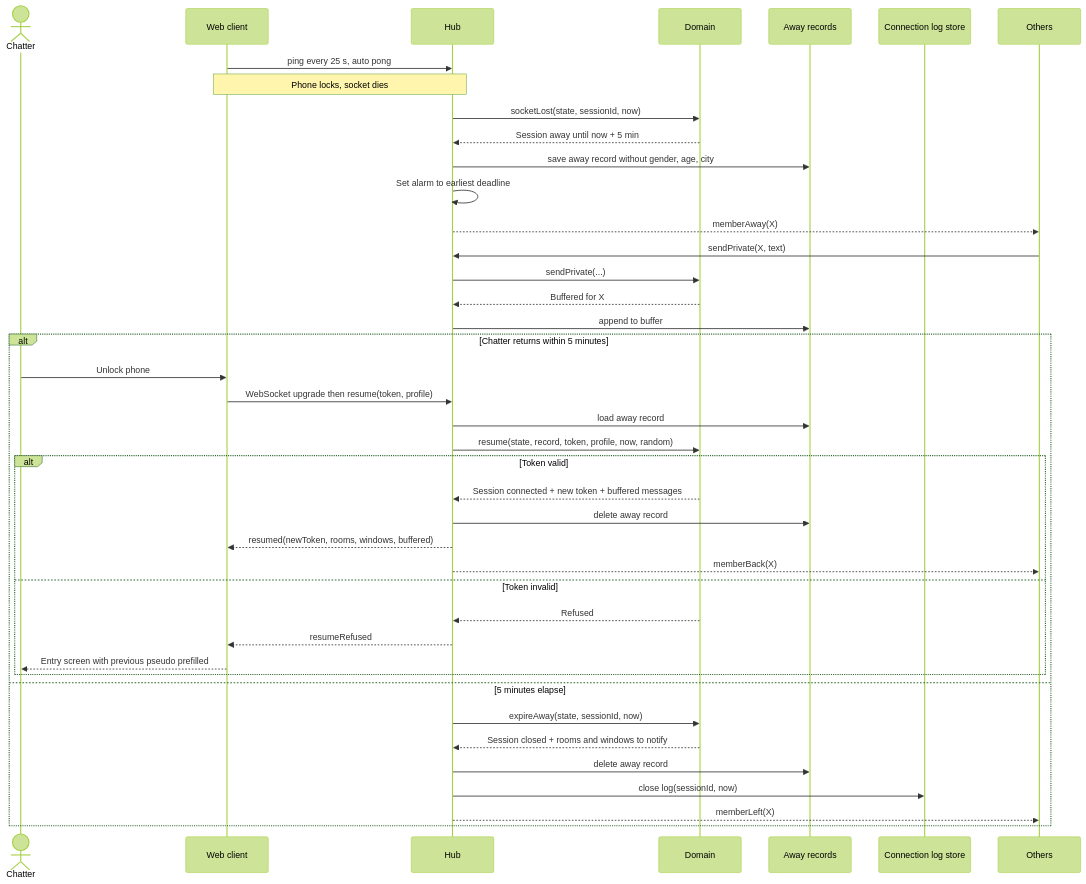
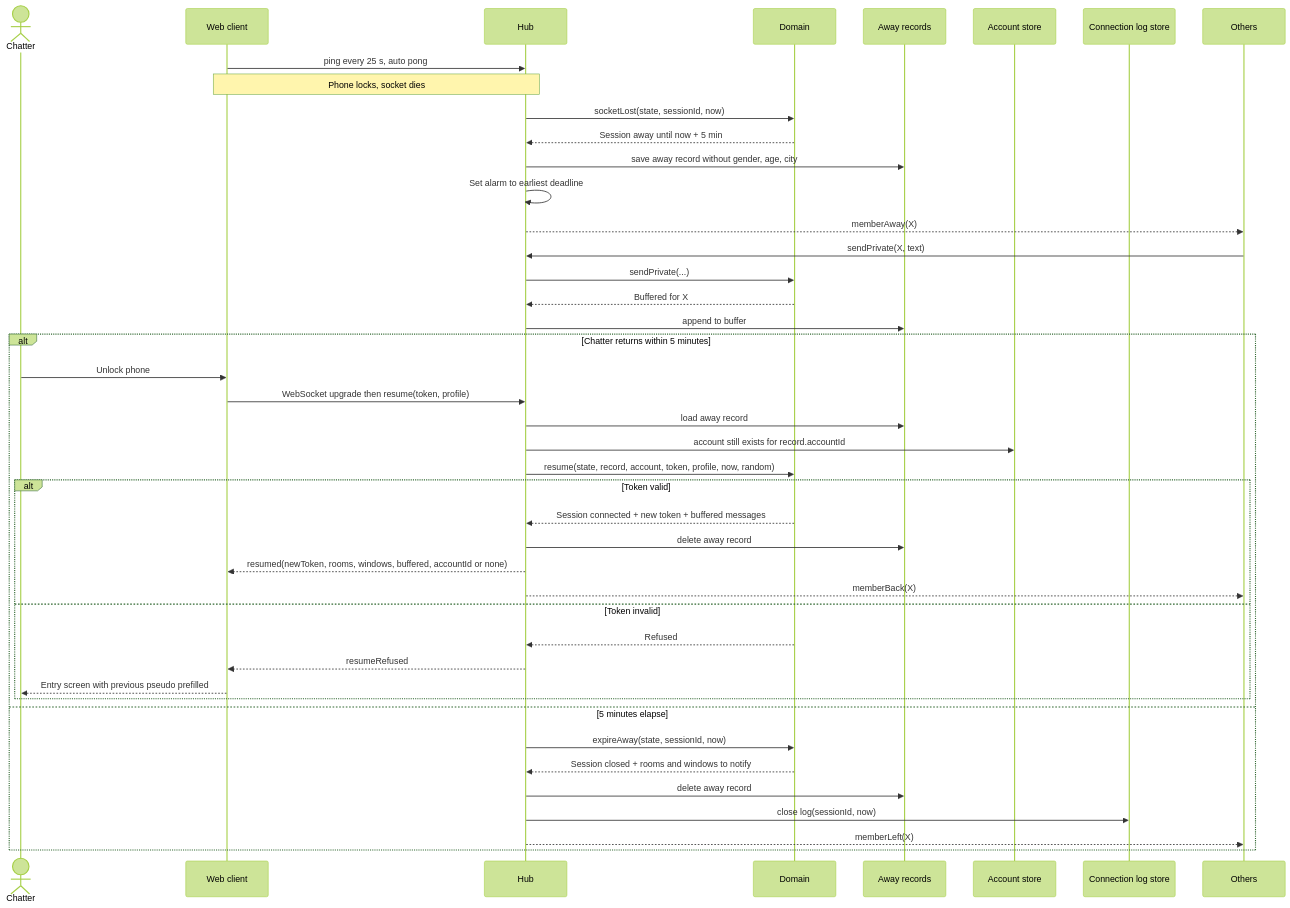
The diagram in docs/architecture/diagrams/entry/02b-sequence-resume-after-disconnect.md (benoit-bremaud/asv), drawn with Mermaid (forest theme) before and after one commit. The commit also changed other lines of this file and 43 other files, not shown here.

First line of the commit message:
docs: accounts for private messages, strikes, legal-first roadmap

````diff
--- a/docs/architecture/diagrams/entry/02b-sequence-resume-after-disconnect.md
+++ b/docs/architecture/diagrams/entry/02b-sequence-resume-after-disconnect.md
@@ -15,43 +15,45 @@
 ```mermaid
 sequenceDiagram
   actor C as Chatter
   participant W as Web client
   participant H as Hub
   participant D as Domain
   participant AS as Away records
+  participant ACC as Account store
   participant LS as Connection log store
   participant O as Others
   W->>H: ping every 25 s, auto pong
   Note over W,H: Phone locks, socket dies
   H->>D: socketLost(state, sessionId, now)
   D-->>H: Session away until now + 5 min
   H->>AS: save away record without gender, age, city
   H->>H: Set alarm to earliest deadline
   H-->>O: memberAway(X)
   O->>H: sendPrivate(X, text)
   H->>D: sendPrivate(...)
   D-->>H: Buffered for X
   H->>AS: append to buffer
   alt Chatter returns within 5 minutes
     C->>W: Unlock phone
     W->>H: WebSocket upgrade then resume(token, profile)
     H->>AS: load away record
-    H->>D: resume(state, record, token, profile, now, random)
+    H->>ACC: account still exists for record.accountId
+    H->>D: resume(state, record, account, token, profile, now, random)
     alt Token valid
       D-->>H: Session connected + new token + buffered messages
       H->>AS: delete away record
-      H-->>W: resumed(newToken, rooms, windows, buffered)
+      H-->>W: resumed(newToken, rooms, windows, buffered, accountId or none)
       H-->>O: memberBack(X)
     else Token invalid
       D-->>H: Refused
       H-->>W: resumeRefused
       W-->>C: Entry screen with previous pseudo prefilled
     end
   else 5 minutes elapse
     H->>D: expireAway(state, sessionId, now)
     D-->>H: Session closed + rooms and windows to notify
     H->>AS: delete away record
     H->>LS: close log(sessionId, now)
     H-->>O: memberLeft(X)
   end
 ```
````
